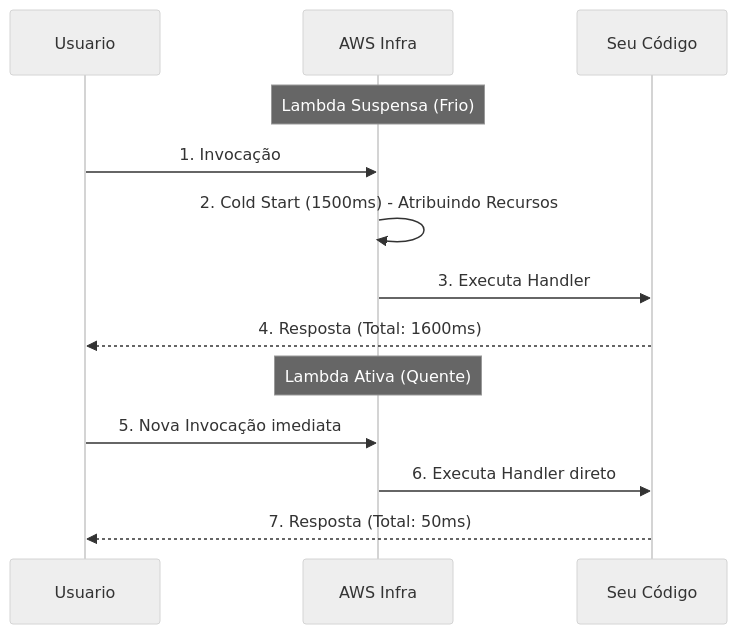
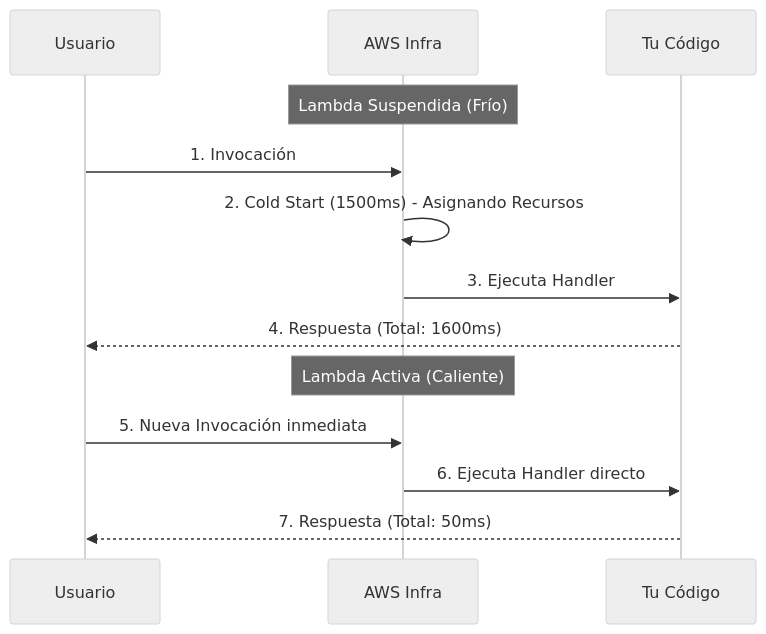
The first of 2 diagrams in public/docs/pt/ext_aws_basico.md (gjpierp/nmergeia), drawn with Mermaid (neutral theme) before and after one commit. The commit also changed other lines of this file and 518 other files, not shown here.

````diff
--- a/public/docs/pt/ext_aws_basico.md
+++ b/public/docs/pt/ext_aws_basico.md
@@ -46,17 +46,17 @@
 ```mermaid
 sequenceDiagram
     participant Usuario
     participant AWS as AWS Infra
-    participant Lambda as Seu Código
+    participant Lambda as Tu Código
 
-    Note over AWS: Lambda Suspensa (Frio)
-    Usuario->>AWS: 1. Invocação
-    AWS->>AWS: 2. Cold Start (1500ms) - Atribuindo Recursos
-    AWS->>Lambda: 3. Executa Handler
-    Lambda-->>Usuario: 4. Resposta (Total: 1600ms)
+    Note over AWS: Lambda Suspendida (Frío)
+    Usuario->>AWS: 1. Invocación
+    AWS->>AWS: 2. Cold Start (1500ms) - Asignando Recursos
+    AWS->>Lambda: 3. Ejecuta Handler
+    Lambda-->>Usuario: 4. Respuesta (Total: 1600ms)
 
-    Note over AWS: Lambda Ativa (Quente)
-    Usuario->>AWS: 5. Nova Invocação imediata
-    AWS->>Lambda: 6. Executa Handler direto
-    Lambda-->>Usuario: 7. Resposta (Total: 50ms)
+    Note over AWS: Lambda Activa (Caliente)
+    Usuario->>AWS: 5. Nueva Invocación inmediata
+    AWS->>Lambda: 6. Ejecuta Handler directo
+    Lambda-->>Usuario: 7. Respuesta (Total: 50ms)
 ```
````
